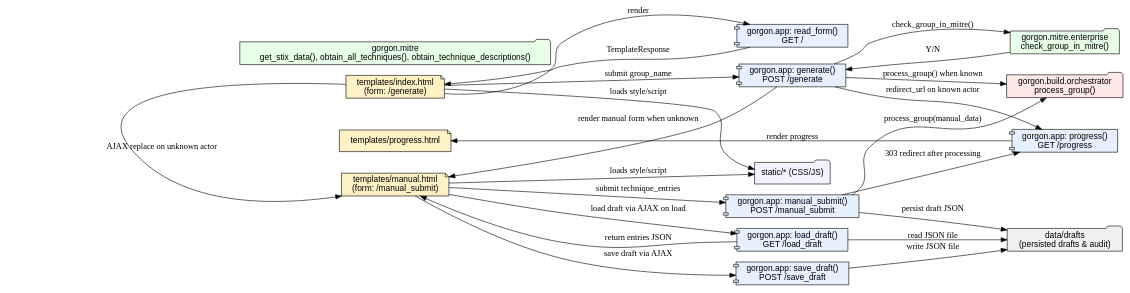
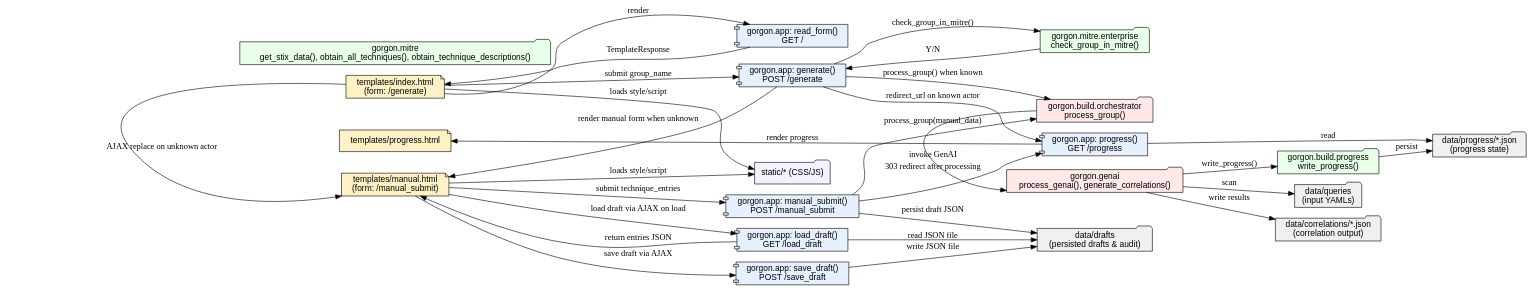
The diagram in docs/archer_flow.dot (cmdaltr/shikari), drawn with Graphviz before and after one commit. The commit also changed 3 other files, not shown here.

Commit message:
updated diagrams

```diff
--- a/docs/archer_flow.dot
+++ b/docs/archer_flow.dot
@@ -1,68 +1,84 @@
 // Archer project flow diagram (generated)
 // Nodes: templates, app handlers, mitre helpers, orchestrator, drafts
 
 digraph ArcherFlow {
   rankdir=LR;
   node [shape=box, style=filled, fillcolor="#f8f9fa", fontname="Helvetica"];
 
   // Templates
   index_html [label="templates/index.html\n(form: /generate)", shape=note, fillcolor="#fff1c6"];
   manual_html [label="templates/manual.html\n(form: /manual_submit)", shape=note, fillcolor="#fff1c6"];
   progress_html [label="templates/progress.html", shape=note, fillcolor="#fff1c6"];
 
   // App handlers
   app_read_form [label="gorgon.app: read_form()\nGET /", shape=component, fillcolor="#e6f0ff"];
   app_generate [label="gorgon.app: generate()\nPOST /generate", shape=component, fillcolor="#e6f0ff"];
   app_manual_submit [label="gorgon.app: manual_submit()\nPOST /manual_submit", shape=component, fillcolor="#e6f0ff"];
   app_progress [label="gorgon.app: progress()\nGET /progress", shape=component, fillcolor="#e6f0ff"];
   app_save_draft [label="gorgon.app: save_draft()\nPOST /save_draft", shape=component, fillcolor="#e6f0ff"];
   app_load_draft [label="gorgon.app: load_draft()\nGET /load_draft", shape=component, fillcolor="#e6f0ff"];
 
   // Helpers
   mitre_helpers [label="gorgon.mitre\nget_stix_data(), obtain_all_techniques(), obtain_technique_descriptions()", shape=folder, fillcolor="#e8ffe8"];
   mitre_enterprise [label="gorgon.mitre.enterprise\ncheck_group_in_mitre()", shape=folder, fillcolor="#e8ffe8"];
 
   // Orchestrator
   orchestrator [label="gorgon.build.orchestrator\nprocess_group()", shape=folder, fillcolor="#ffe8e8"];
+
+  // GenAI pipeline
+  genai [label="gorgon.genai\nprocess_genai(), generate_correlations()", shape=folder, fillcolor="#ffe8e8"];
+  progress_writer [label="gorgon.build.progress\nwrite_progress()", shape=folder, fillcolor="#e8ffe8"];
+  queries [label="data/queries\n(input YAMLs)", shape=folder, fillcolor="#f0f0f0"];
+  correlations [label="data/correlations/*.json\n(correlation output)", shape=folder, fillcolor="#f0f0f0"];
+  progress_store [label="data/progress/*.json\n(progress state)", shape=folder, fillcolor="#f0f0f0"];
 
   // Data/drafts
   drafts [label="data/drafts\n(persisted drafts & audit)", shape=folder, fillcolor="#f0f0f0"];
 
   // Edges: how pages invoke handlers and helpers
   index_html -> app_read_form [label="render"];
   app_read_form -> index_html [label="TemplateResponse"];
 
   index_html -> app_generate [label="submit group_name"];
   app_generate -> mitre_enterprise [label="check_group_in_mitre()"];
   mitre_enterprise -> app_generate [label="Y/N"];
   app_generate -> orchestrator [label="process_group() when known"];
   app_generate -> manual_html [label="render manual form when unknown"];
 
   manual_html -> app_manual_submit [label="submit technique_entries"];
   app_manual_submit -> orchestrator [label="process_group(manual_data)"];
   app_manual_submit -> drafts [label="persist draft JSON"];
 
   // Draft save/load
   manual_html -> app_save_draft [label="save draft via AJAX"];
   app_save_draft -> drafts [label="write JSON file"];
   manual_html -> app_load_draft [label="load draft via AJAX on load"];
   app_load_draft -> drafts [label="read JSON file"];
   app_load_draft -> manual_html [label="return entries JSON"];
 
   // Navigation
   index_html -> manual_html [label="AJAX replace on unknown actor"];
   app_generate -> app_progress [label="redirect_url on known actor"];
   app_manual_submit -> app_progress [label="303 redirect after processing"];
 
   // Progress
   app_progress -> progress_html [label="render progress"];
 
   // Styling/JS (static)
   static [label="static/* (CSS/JS)", shape=folder, fillcolor="#f3f3ff"];
   index_html -> static [label="loads style/script"];
   manual_html -> static [label="loads style/script"];
 
+  // Orchestrator -> GenAI and outputs
+  orchestrator -> genai [label="invoke GenAI"];
+  genai -> queries [label="scan"];
+  genai -> correlations [label="write results"];
+  genai -> progress_writer [label="write_progress()"];
+  progress_writer -> progress_store [label="persist"];
+  app_progress -> progress_store [label="read"];
+
   // Group nodes visually
   { rank=same; index_html; manual_html; progress_html }
   { rank=same; app_read_form; app_generate; app_manual_submit }
+  { rank=same; orchestrator; genai }
 }
```
